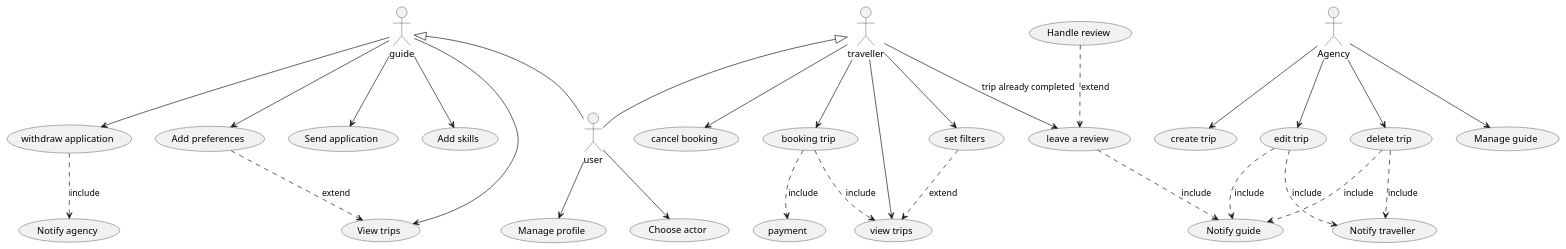
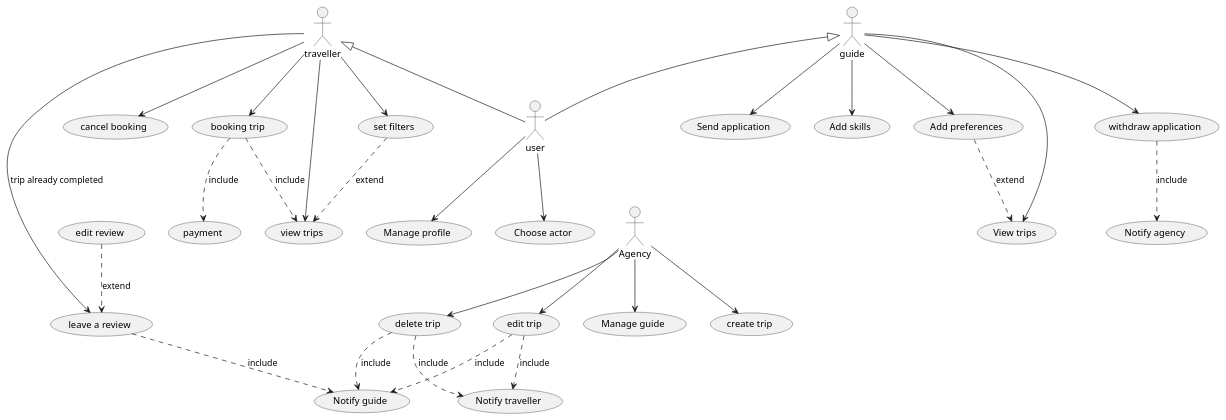
Before and after one commit to MatteoPostiferi999/TravelManagementSystemSE: the diagram in Use Case Diagram.puml, drawn with PlantUML.

Commit message:
Update use case diagram

```diff
--- a/Use Case Diagram.puml
+++ b/Use Case Diagram.puml
@@ -1,47 +1,50 @@
 @startuml
 'https://plantuml.com/use-case-diagram
 
 :traveller: as tr
 :user:
 :guide: as gu
+:Agency: as ag
+gu -[hidden]-> ag
+tr -[hidden]-> ag
+:user: -[hidden]-> ag
 tr <|-- :user:
 gu <|-- :user:
 
 :user: --> (Manage profile)
 :user: --> (Choose actor)
 
 tr --> (cancel booking)
 tr --> (booking trip)
 tr --> (view trips)
 tr --> (set filters)
 tr --> (leave a review) : trip already completed
 
 (set filters) ..> (view trips) : extend
 (booking trip) ..> (view trips) : include
 (booking trip) ..> (payment) : include
 
-(Handle review) ..> (leave a review) : extend
+(edit review) ..> (leave a review) : extend
+(cancel booking) -[hidden]-> (edit review)
 (leave a review) ..> (Notify guide) : include
 
 gu --> (Send application)
 gu --> (Add skills)
 gu --> (Add preferences)
 gu --> (View trips)
 gu --> (withdraw application)
 
 (Add preferences) ..> (View trips) : extend
 (withdraw application) ..> (Notify agency) : include
-
-:Agency: as ag
 
 ag --> (Manage guide)
 ag --> (create trip)
 ag --> (delete trip)
 ag --> (edit trip)
 
 (delete trip) ..> (Notify guide) : include
 (edit trip) ..> (Notify guide) : include
 (delete trip) ..> (Notify traveller) : include
 (edit trip) ..> (Notify traveller): include
 
 @enduml
```
